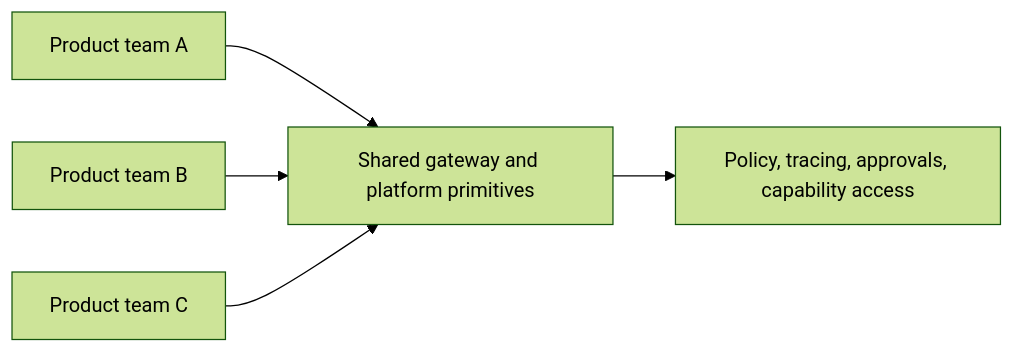
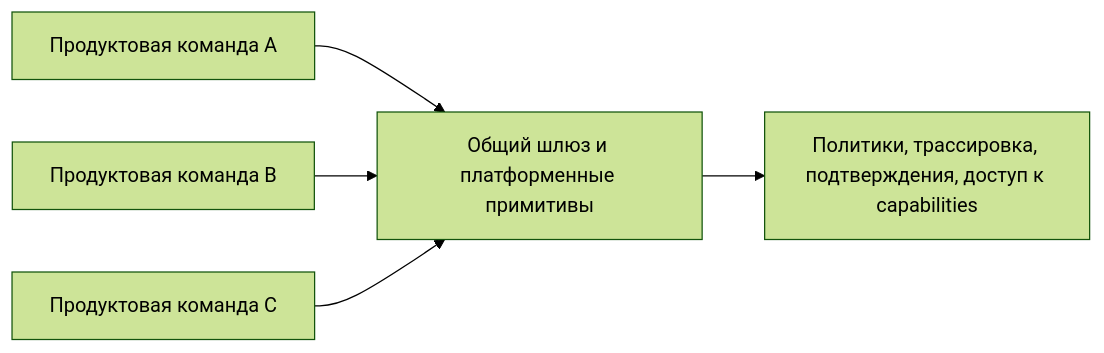
One commit to agent-axiom/agent-arch changed the diagram in docs/book/part-vi/chapter-15.md. Above: the diagram before and after it, drawn with Mermaid (forest theme). The commit also changed other lines of this file, not shown here.

````diff
--- a/docs/book/part-vi/chapter-15.md
+++ b/docs/book/part-vi/chapter-15.md
@@ -67,7 +67,7 @@
 ``` mermaid
 flowchart LR
-    A["Product team A"] --> D["Shared gateway and platform primitives"]
-    B["Product team B"] --> D
-    C["Product team C"] --> D
-    D --> E["Policy, tracing, approvals, capability access"]
+    A["Продуктовая команда A"] --> D["Общий шлюз и платформенные примитивы"]
+    B["Продуктовая команда B"] --> D
+    C["Продуктовая команда C"] --> D
+    D --> E["Политики, трассировка, подтверждения, доступ к capabilities"]
 ```
````
